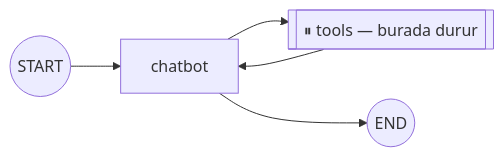
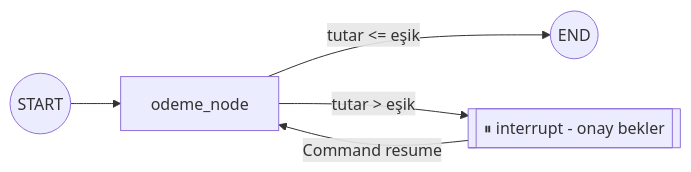
One commit to emineksknc/langgraph-turkce changed the diagram in docs/orta-seviye/human-in-the-loop.md. Above: the diagram before and after it, drawn with Mermaid. The commit also changed other lines of this file and 10 other files, not shown here.

````diff
--- a/docs/orta-seviye/human-in-the-loop.md
+++ b/docs/orta-seviye/human-in-the-loop.md
@@ -30,7 +58,7 @@
 ```mermaid
 flowchart LR
-    START((START)) --> chatbot[chatbot]
-    chatbot --> tools[["⏸ tools — burada durur"]]
-    tools --> chatbot
-    chatbot --> END((END))
+    START((START)) --> odeme[odeme_node]
+    odeme -- tutar <= eşik --> END((END))
+    odeme -- tutar > eşik --> onay[["⏸ interrupt - onay bekler"]]
+    onay -- Command resume --> odeme
 ```
````
